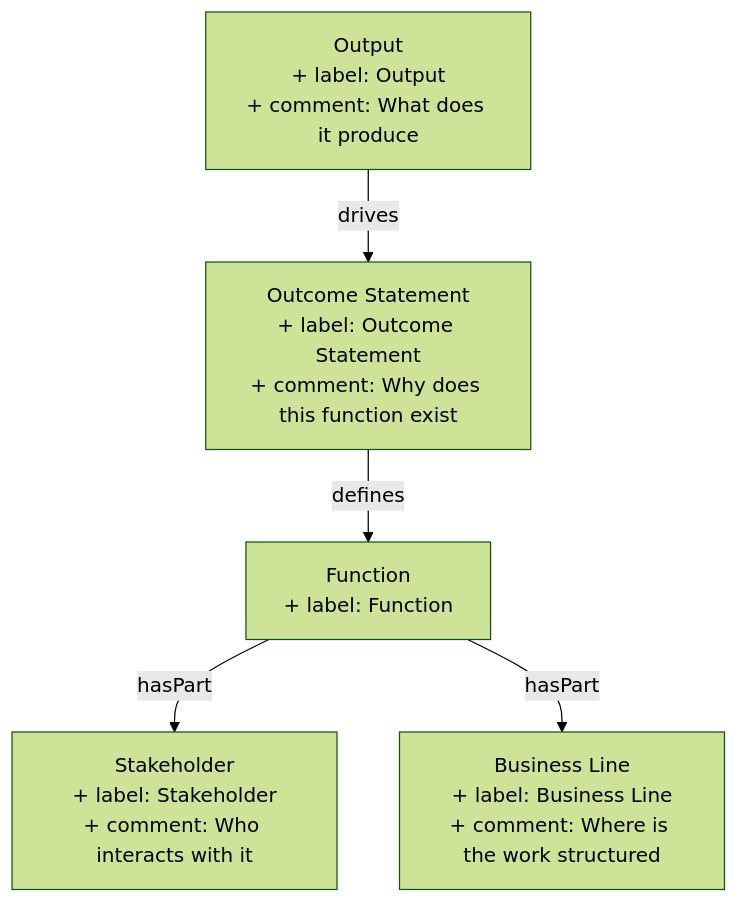
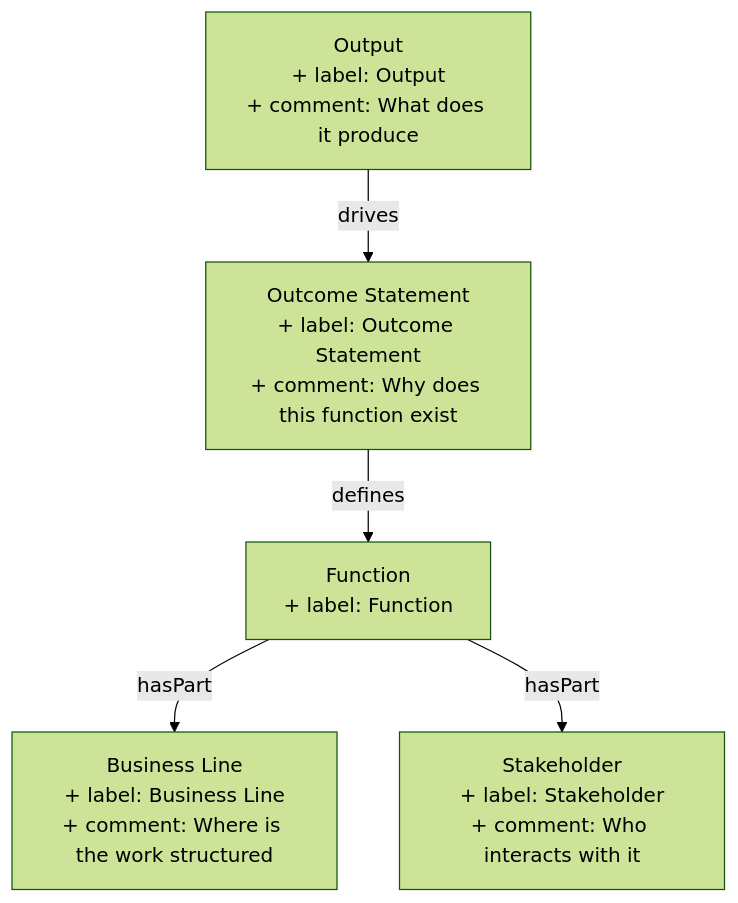
The diagram in content/output.md (heidingaway/heidi2), drawn with Mermaid (forest theme) before and after one commit. The commit also changed other lines of this file and 512 other files, not shown here.

````diff
--- a/content/output.md
+++ b/content/output.md
@@ -28,12 +28,12 @@
 ```mermaid
 graph TD
   Output["Output<br>+ label: Output<br>+ comment: What does it produce"]:::current-page-node
   Outcome_Statement["Outcome Statement<br>+ label: Outcome Statement<br>+ comment: Why does this function exist"]
   Function["Function<br>+ label: Function"]
   Stakeholder["Stakeholder<br>+ label: Stakeholder<br>+ comment: Who interacts with it"]
   Business_Line["Business Line<br>+ label: Business Line<br>+ comment: Where is the work structured"]
+  Outcome_Statement-->|" defines "|Function
+  Function-->|" hasPart "|Business_Line
   Output-->|" drives "|Outcome_Statement
-  Outcome_Statement-->|" defines "|Function
   Function-->|" hasPart "|Stakeholder
-  Function-->|" hasPart "|Business_Line
 ```
````
